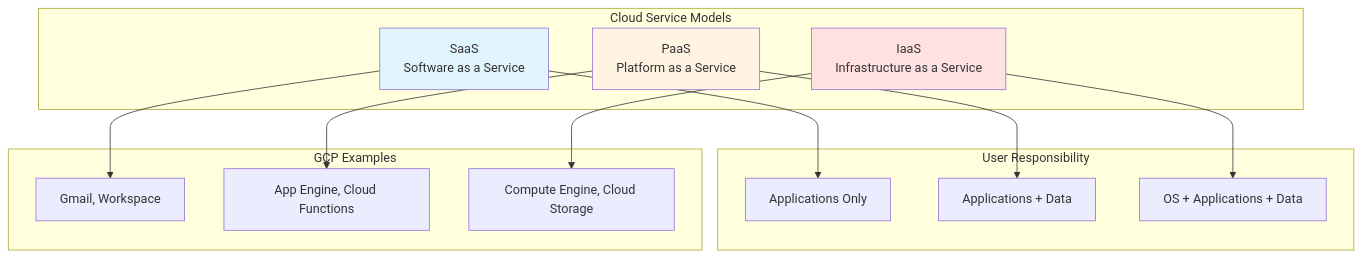
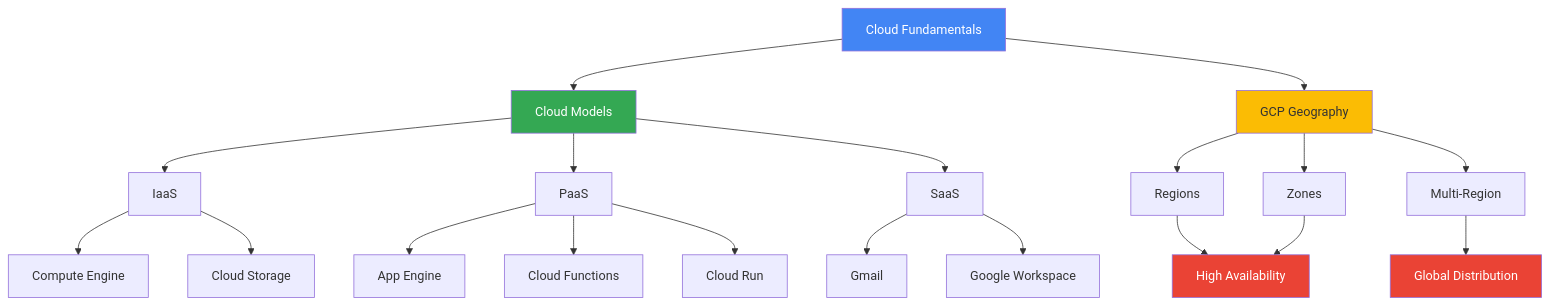
Before and after one commit to viacheslavprokosa/gcp-associate-cloud-engineer-ua: the diagram in 01-cloud-fundamentals/README.md, drawn with Mermaid. The commit also changed other lines of this file and 1 other file, not shown here.

````diff
--- a/01-cloud-fundamentals/README.md
+++ b/01-cloud-fundamentals/README.md
@@ -30,24 +17,33 @@
 ```mermaid
 graph TB
-    subgraph "Cloud Service Models"
-        A[SaaS<br/>Software as a Service]
-        B[PaaS<br/>Platform as a Service]
-        C[IaaS<br/>Infrastructure as a Service]
-    end
+    A[Cloud Fundamentals] --> B[Cloud Models]
+    A --> C[GCP Geography]
     
-    subgraph "User Responsibility"
-        A --> A1[Applications Only]
-        B --> B1[Applications + Data]
-        C --> C1[OS + Applications + Data]
-    end
+    B --> D[IaaS]
+    B --> E[PaaS]
+    B --> F[SaaS]
     
-    subgraph "GCP Examples"
-        A --> A2[Gmail, Workspace]
-        B --> B2[App Engine, Cloud Functions]
-        C --> C2[Compute Engine, Cloud Storage]
-    end
+    C --> G[Regions]
+    C --> H[Zones]
+    C --> I[Multi-Region]
     
-    style A fill:#e1f5ff
-    style B fill:#fff4e1
-    style C fill:#ffe1e1
+    D --> J[Compute Engine]
+    D --> K[Cloud Storage]
+    
+    E --> L[App Engine]
+    E --> M[Cloud Functions]
+    E --> N[Cloud Run]
+    
+    F --> O[Gmail]
+    F --> P[Google Workspace]
+    
+    G --> Q[High Availability]
+    H --> Q
+    I --> R[Global Distribution]
+    
+    style A fill:#4285f4,color:#fff
+    style B fill:#34a853,color:#fff
+    style C fill:#fbbc04
+    style Q fill:#ea4335,color:#fff
+    style R fill:#ea4335,color:#fff
 ```
````
